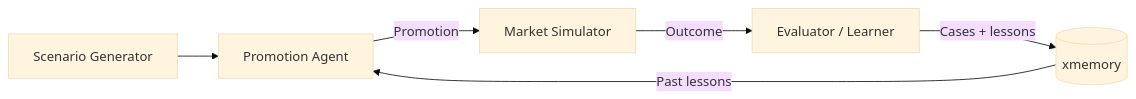
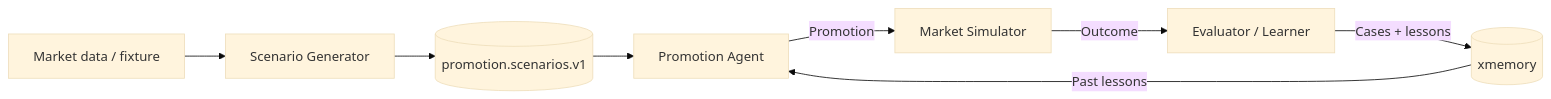
Before and after one commit to podlodka-ai-club/snowball: the diagram in docs/architecture/high-level-architecture.mmd, drawn with Mermaid (base theme).

Commit message:
docs: show kafka scenario boundary in high-level architecture

```diff
--- a/docs/architecture/high-level-architecture.mmd
+++ b/docs/architecture/high-level-architecture.mmd
@@ -1,6 +1,8 @@
 flowchart LR
-    S[Scenario Generator] --> A[Promotion Agent]
+    D[Market data / fixture] --> S[Scenario Generator]
+    S --> K[(promotion.scenarios.v1)]
+    K --> A[Promotion Agent]
     X[(xmemory)] -->|Past lessons| A
     A -->|Promotion| M[Market Simulator]
     M -->|Outcome| E[Evaluator / Learner]
     E -->|Cases + lessons| X
```
